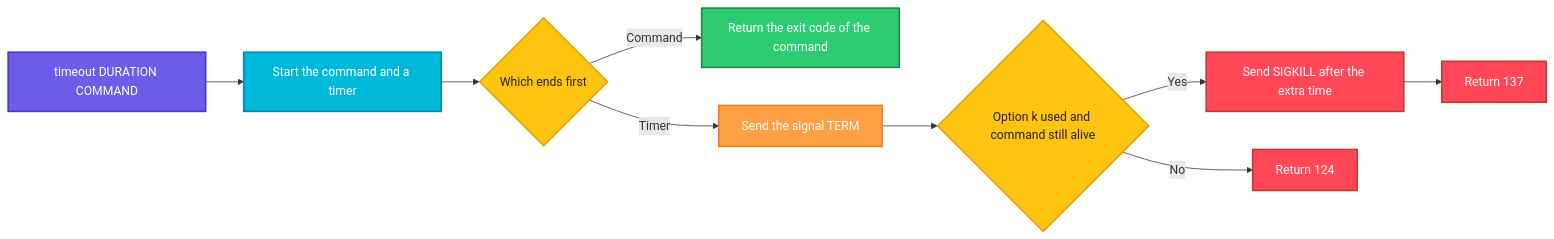
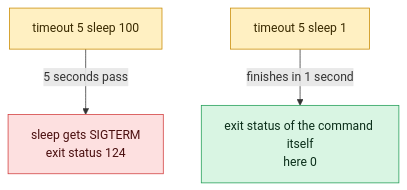
Before and after one commit to codeKerdosTech/DevOps-Documentation: the diagram in linux/process-management/timeout.md, drawn with Mermaid. The commit also changed other lines of this file and 165 other files, not shown here.

Commit message:
updated diagrams in linux

````diff
--- a/linux/process-management/timeout.md
+++ b/linux/process-management/timeout.md
@@ -25,24 +25,13 @@
 ```mermaid
-flowchart LR
-    A[timeout DURATION COMMAND] --> B[Start the command and a timer]
-    B --> C{Which ends first}
-    C -->|Command| D[Return the exit code of the command]
-    C -->|Timer| E[Send the signal TERM]
-    E --> F{Option k used and command still alive}
-    F -->|Yes| G[Send SIGKILL after the extra time]
-    F -->|No| H[Return 124]
-    G --> I[Return 137]
-    classDef start fill:#6C5CE7,stroke:#4834D4,stroke-width:2px,color:#fff
-    classDef proc fill:#00B8D9,stroke:#0087A8,stroke-width:2px,color:#fff
-    classDef dec fill:#FFC312,stroke:#E1A100,stroke-width:2px,color:#222
-    classDef ok fill:#2ECC71,stroke:#1E8449,stroke-width:2px,color:#fff
-    classDef err fill:#FF4757,stroke:#C0392B,stroke-width:2px,color:#fff
-    classDef out fill:#FD79A8,stroke:#E84393,stroke-width:2px,color:#fff
-    classDef alt fill:#FF9F43,stroke:#E67E22,stroke-width:2px,color:#fff
-    class A start
-    class B proc
-    class C,F dec
-    class D ok
-    class E alt
-    class G,H,I err
+flowchart TD
+    c1[timeout 5 sleep 100] -->|5 seconds pass| x1[sleep gets SIGTERM<br/>exit status 124]
+    c2[timeout 5 sleep 1] -->|finishes in 1 second| o1[exit status of the command itself<br/>here 0]
+    classDef inp fill:#DCEBFF,stroke:#2F6FDE,color:#10213F
+    classDef cmd fill:#FFF0C2,stroke:#C98A00,color:#3A2A00
+    classDef out fill:#D9F5E3,stroke:#1F9D55,color:#0B2E1A
+    classDef bad fill:#FDE0E0,stroke:#D13B3B,color:#4A0F0F
+    classDef note fill:#ECEFF3,stroke:#7B8794,color:#1F2933
+    class c1,c2 cmd
+    class x1 bad
+    class o1 out
 ```
````
